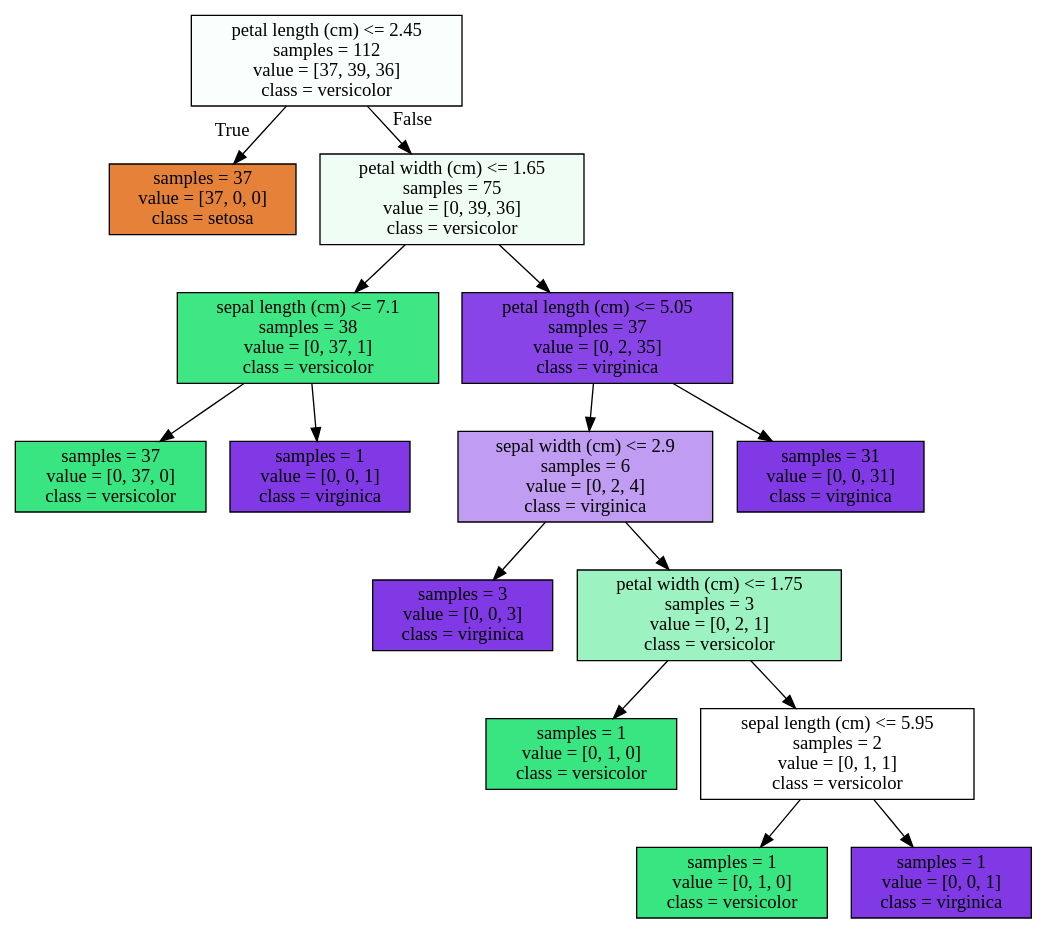
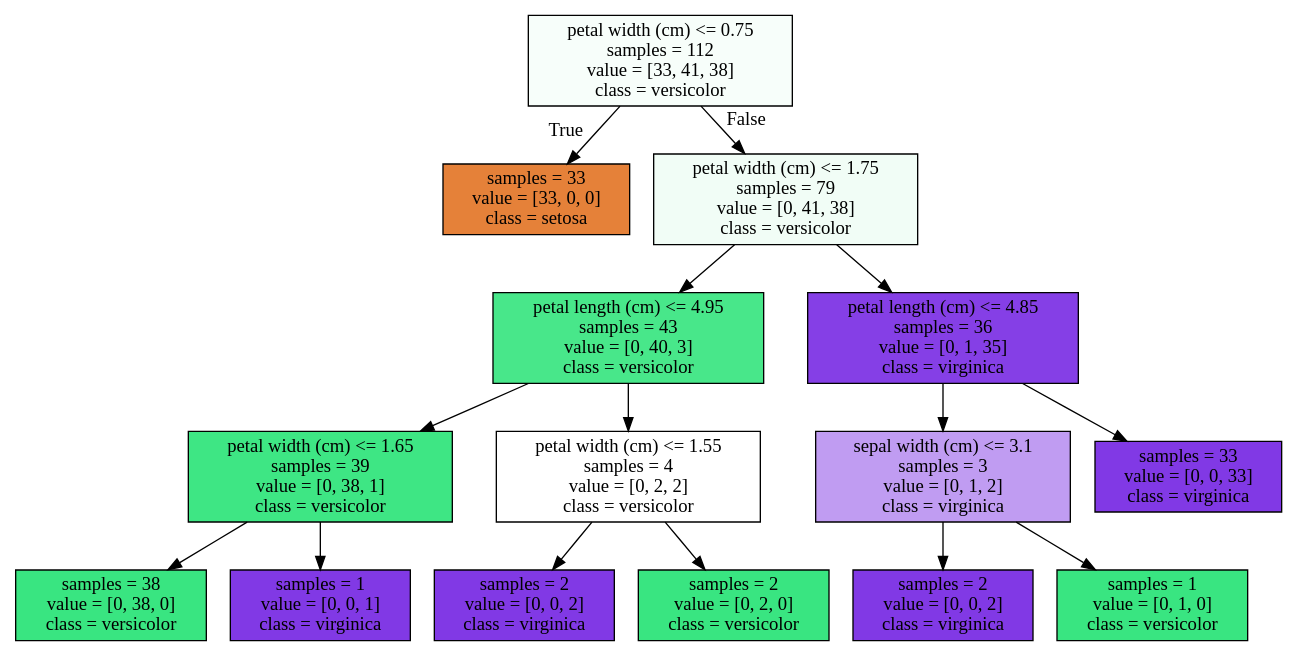
One commit to EnzoLivelli2000/-rbol-Decisiones changed the diagram in arbol.dot. Above: the diagram before and after it, drawn with Graphviz. The commit also changed 6 other files, not shown here.

```diff
--- a/arbol.dot
+++ b/arbol.dot
@@ -1,32 +1,32 @@
 digraph Tree {
 node [shape=box, style="filled", color="black"] ;
-0 [label="petal length (cm) <= 2.45\nsamples = 112\nvalue = [37, 39, 36]\nclass = versicolor", fillcolor="#fafefc"] ;
-1 [label="samples = 37\nvalue = [37, 0, 0]\nclass = setosa", fillcolor="#e58139"] ;
+0 [label="petal width (cm) <= 0.75\nsamples = 112\nvalue = [33, 41, 38]\nclass = versicolor", fillcolor="#f7fefa"] ;
+1 [label="samples = 33\nvalue = [33, 0, 0]\nclass = setosa", fillcolor="#e58139"] ;
 0 -> 1 [labeldistance=2.5, labelangle=45, headlabel="True"] ;
-2 [label="petal width (cm) <= 1.65\nsamples = 75\nvalue = [0, 39, 36]\nclass = versicolor", fillcolor="#f0fdf5"] ;
+2 [label="petal width (cm) <= 1.75\nsamples = 79\nvalue = [0, 41, 38]\nclass = versicolor", fillcolor="#f1fdf6"] ;
 0 -> 2 [labeldistance=2.5, labelangle=-45, headlabel="False"] ;
-3 [label="sepal length (cm) <= 7.1\nsamples = 38\nvalue = [0, 37, 1]\nclass = versicolor", fillcolor="#3ee684"] ;
+3 [label="petal length (cm) <= 4.95\nsamples = 43\nvalue = [0, 40, 3]\nclass = versicolor", fillcolor="#48e78a"] ;
 2 -> 3 ;
-4 [label="samples = 37\nvalue = [0, 37, 0]\nclass = versicolor", fillcolor="#39e581"] ;
+4 [label="petal width (cm) <= 1.65\nsamples = 39\nvalue = [0, 38, 1]\nclass = versicolor", fillcolor="#3ee684"] ;
 3 -> 4 ;
-5 [label="samples = 1\nvalue = [0, 0, 1]\nclass = virginica", fillcolor="#8139e5"] ;
-3 -> 5 ;
-6 [label="petal length (cm) <= 5.05\nsamples = 37\nvalue = [0, 2, 35]\nclass = virginica", fillcolor="#8844e6"] ;
-2 -> 6 ;
-7 [label="sepal width (cm) <= 2.9\nsamples = 6\nvalue = [0, 2, 4]\nclass = virginica", fillcolor="#c09cf2"] ;
-6 -> 7 ;
-8 [label="samples = 3\nvalue = [0, 0, 3]\nclass = virginica", fillcolor="#8139e5"] ;
+5 [label="samples = 38\nvalue = [0, 38, 0]\nclass = versicolor", fillcolor="#39e581"] ;
+4 -> 5 ;
+6 [label="samples = 1\nvalue = [0, 0, 1]\nclass = virginica", fillcolor="#8139e5"] ;
+4 -> 6 ;
+7 [label="petal width (cm) <= 1.55\nsamples = 4\nvalue = [0, 2, 2]\nclass = versicolor", fillcolor="#ffffff"] ;
+3 -> 7 ;
+8 [label="samples = 2\nvalue = [0, 0, 2]\nclass = virginica", fillcolor="#8139e5"] ;
 7 -> 8 ;
-9 [label="petal width (cm) <= 1.75\nsamples = 3\nvalue = [0, 2, 1]\nclass = versicolor", fillcolor="#9cf2c0"] ;
+9 [label="samples = 2\nvalue = [0, 2, 0]\nclass = versicolor", fillcolor="#39e581"] ;
 7 -> 9 ;
-10 [label="samples = 1\nvalue = [0, 1, 0]\nclass = versicolor", fillcolor="#39e581"] ;
-9 -> 10 ;
-11 [label="sepal length (cm) <= 5.95\nsamples = 2\nvalue = [0, 1, 1]\nclass = versicolor", fillcolor="#ffffff"] ;
-9 -> 11 ;
-12 [label="samples = 1\nvalue = [0, 1, 0]\nclass = versicolor", fillcolor="#39e581"] ;
+10 [label="petal length (cm) <= 4.85\nsamples = 36\nvalue = [0, 1, 35]\nclass = virginica", fillcolor="#853fe6"] ;
+2 -> 10 ;
+11 [label="sepal width (cm) <= 3.1\nsamples = 3\nvalue = [0, 1, 2]\nclass = virginica", fillcolor="#c09cf2"] ;
+10 -> 11 ;
+12 [label="samples = 2\nvalue = [0, 0, 2]\nclass = virginica", fillcolor="#8139e5"] ;
 11 -> 12 ;
-13 [label="samples = 1\nvalue = [0, 0, 1]\nclass = virginica", fillcolor="#8139e5"] ;
+13 [label="samples = 1\nvalue = [0, 1, 0]\nclass = versicolor", fillcolor="#39e581"] ;
 11 -> 13 ;
-14 [label="samples = 31\nvalue = [0, 0, 31]\nclass = virginica", fillcolor="#8139e5"] ;
-6 -> 14 ;
+14 [label="samples = 33\nvalue = [0, 0, 33]\nclass = virginica", fillcolor="#8139e5"] ;
+10 -> 14 ;
 }
```
